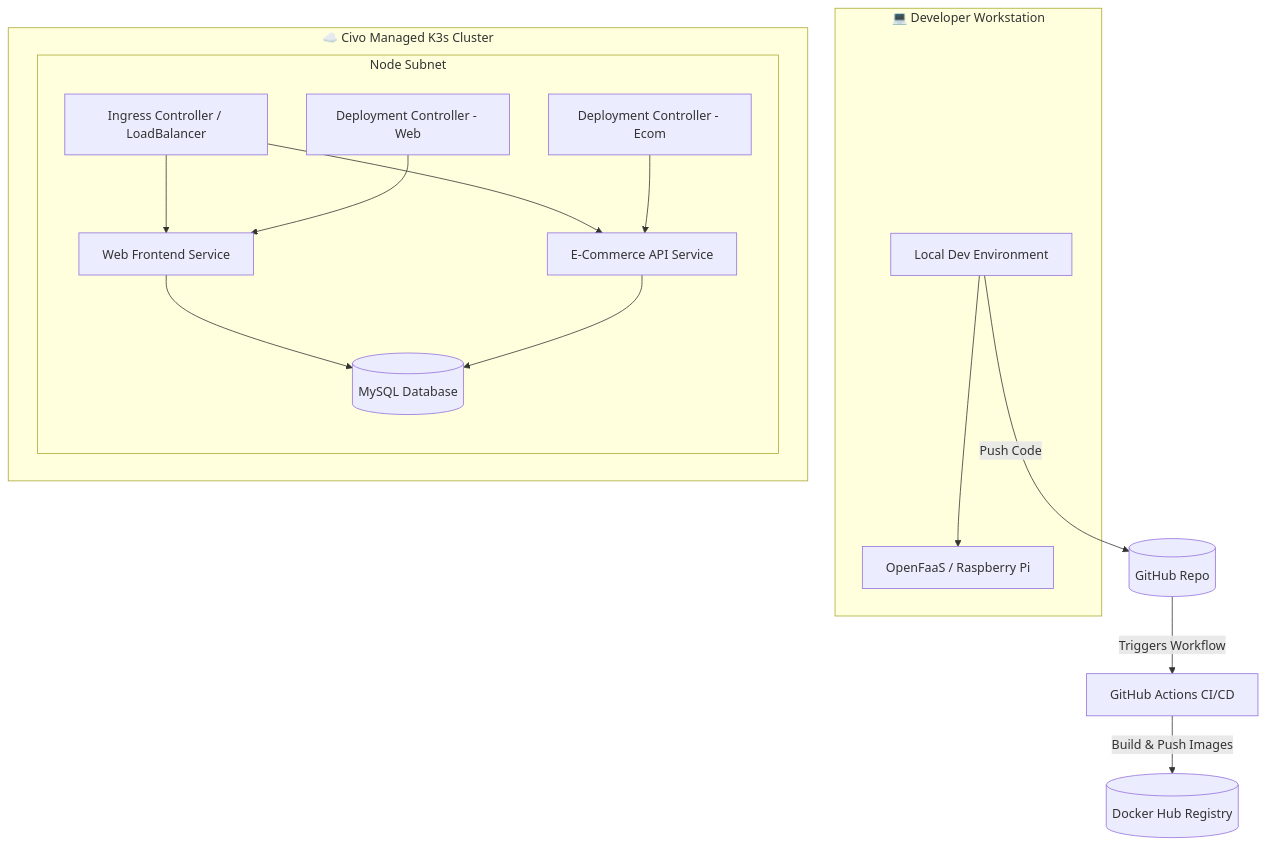
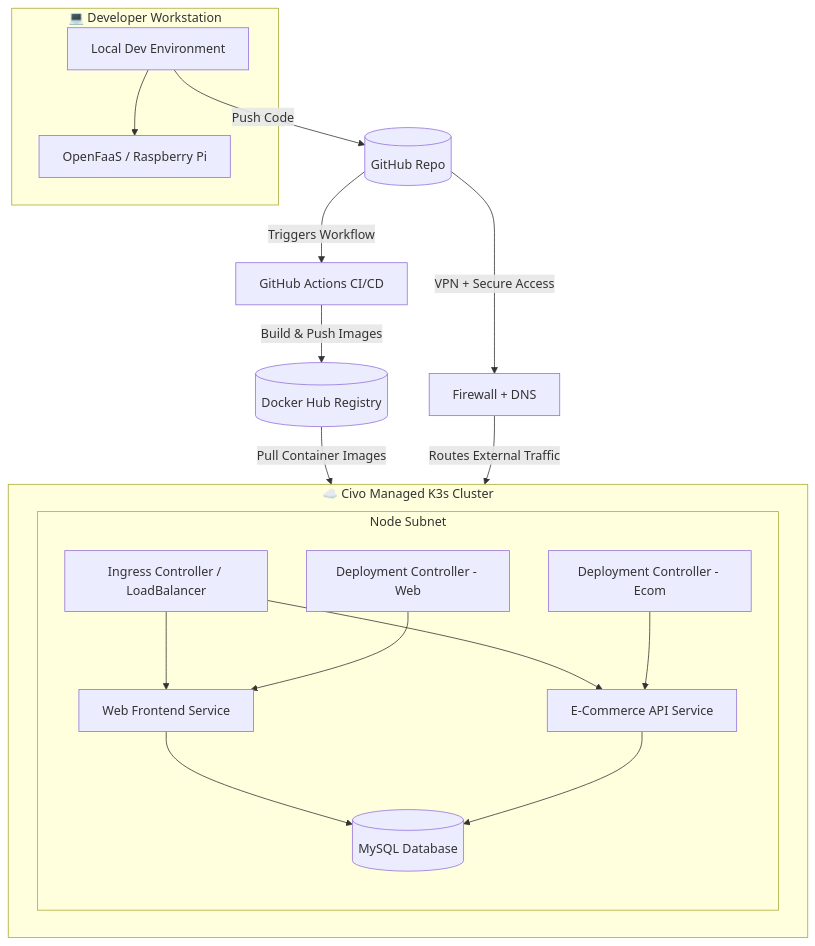
One commit to journeyman33/kubernetes-resume-challenge changed the diagram in README.md. Above: the diagram before and after it, drawn with Mermaid.

Commit message:
update mermaid

````diff
--- a/README.md
+++ b/README.md
@@ -45,30 +45,34 @@
 ```mermaid
 graph TD
     subgraph Developer_Workstation["💻 Developer Workstation"]
         laptop[Local Dev Environment]
         openfaas[OpenFaaS / Raspberry Pi]
         laptop --> openfaas
     end
 
     laptop -->|Push Code| github[(GitHub Repo)]
     github -->|Triggers Workflow| actions[GitHub Actions CI/CD]
     actions -->|Build & Push Images| dockerhub[(Docker Hub Registry)]
 
     subgraph Civo_Cloud["☁️ Civo Managed K3s Cluster"]
         subgraph Node_Subnet["Node Subnet"]
             ingress[Ingress Controller / LoadBalancer]
             web[Web Frontend Service]
             ecom[E-Commerce API Service]
             mysql[(MySQL Database)]
             deploy1[Deployment Controller - Web]
             deploy2[Deployment Controller - Ecom]
             
             ingress --> web
             ingress --> ecom
             web --> mysql
             ecom --> mysql
             deploy1 --> web
             deploy2 --> ecom
         end
     end
+
+    dockerhub -->|Pull Container Images| Civo_Cloud
+    github -->|VPN + Secure Access| Firewall[Firewall + DNS]
+    Firewall -->|Routes External Traffic| Civo_Cloud
 ```
````
